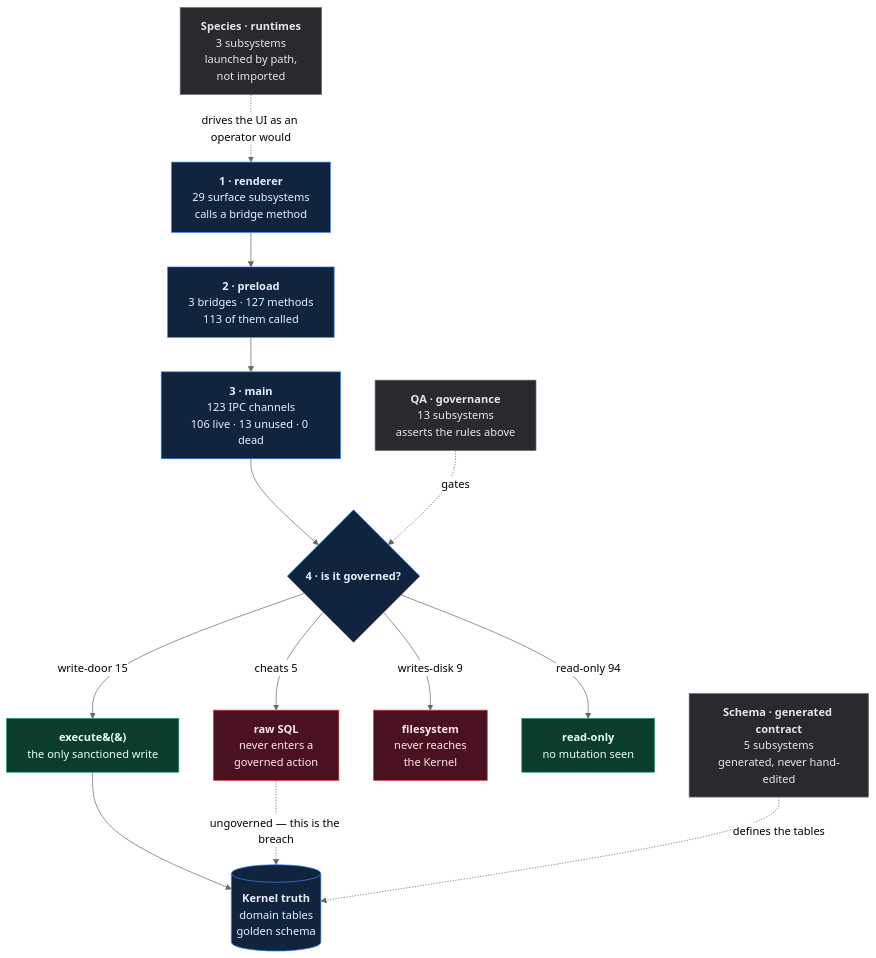
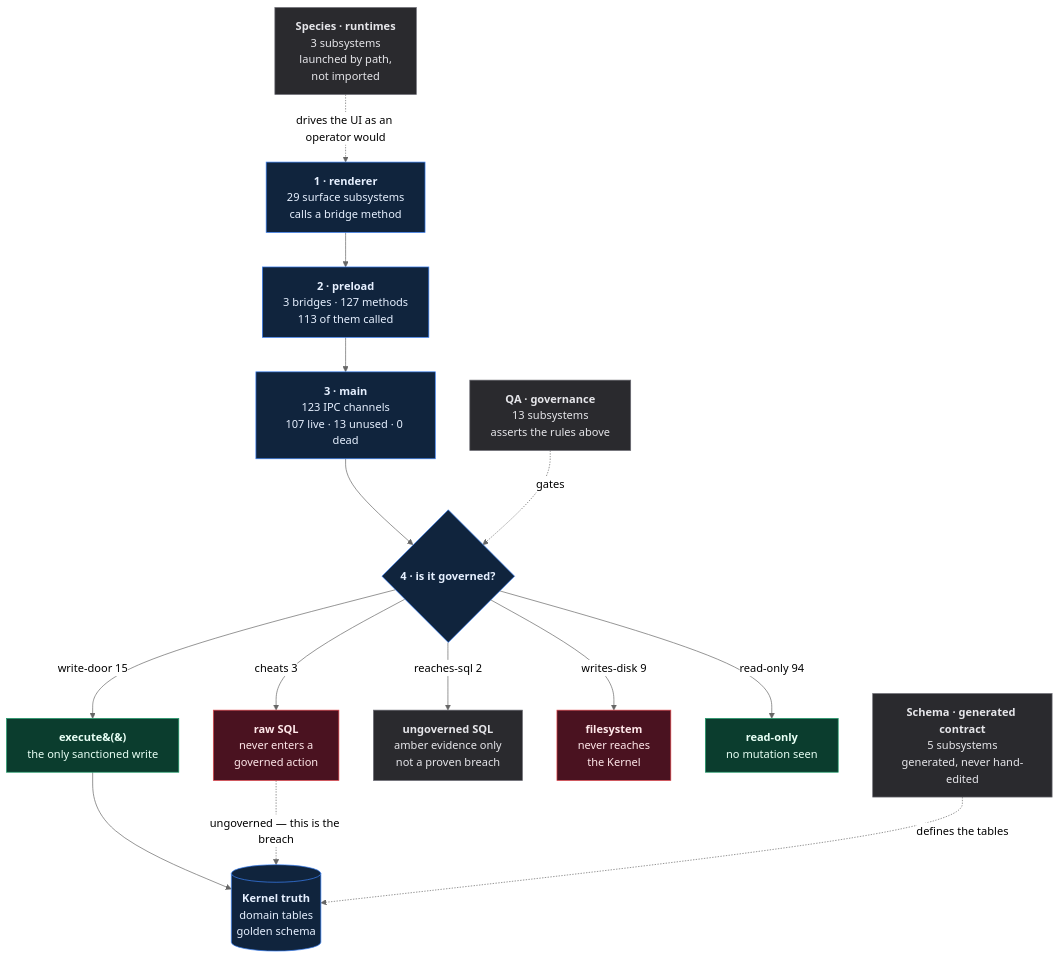
The diagram in qf-atlas/ATLAS.md (SidNig21/QuantFlow-Ontology), drawn with Mermaid (neutral theme) before and after one commit. The commit also changed other lines of this file and 13 other files, not shown here.

````diff
--- a/qf-atlas/ATLAS.md
+++ b/qf-atlas/ATLAS.md
@@ -32,36 +32,38 @@
 ```mermaid
 flowchart TD
   R["<b>1 · renderer</b><br/>29 surface subsystems<br/>calls a bridge method"]
   P["<b>2 · preload</b><br/>3 bridges · 127 methods<br/>113 of them called"]
-  M["<b>3 · main</b><br/>123 IPC channels<br/>106 live · 13 unused · 0 dead"]
+  M["<b>3 · main</b><br/>123 IPC channels<br/>107 live · 13 unused · 0 dead"]
   H{"<b>4 · is it governed?</b>"}
   E["<b>execute&#40;&#41;</b><br/>the only sanctioned write"]
   DB[("<b>Kernel truth</b><br/>domain tables<br/>golden schema")]
 
   R --> P --> M --> H
   H -->|"write-door 15"| E
   E --> DB
   X["<b>raw SQL</b><br/>never enters a<br/>governed action"]
-  H -->|"cheats 5"| X
+  H -->|"cheats 3"| X
+  A["<b>ungoverned SQL</b><br/>amber evidence only<br/>not a proven breach"]
+  H -->|"reaches-sql 2"| A
   FS["<b>filesystem</b><br/>never reaches<br/>the Kernel"]
   H -->|"writes-disk 9"| FS
   RO["<b>read-only</b><br/>no mutation seen"]
   H -->|"read-only 94"| RO
   X -.->|"ungoverned — this is the breach"| DB
 
   QA["<b>QA · governance</b><br/>13 subsystems<br/>asserts the rules above"]
   SP["<b>Species · runtimes</b><br/>3 subsystems<br/>launched by path,<br/>not imported"]
   SC["<b>Schema · generated contract</b><br/>5 subsystems<br/>generated, never hand-edited"]
   QA -.->|"gates"| H
   SC -.->|"defines the tables"| DB
   SP -.->|"drives the UI as an operator would"| R
 
   classDef good fill:#0b3d2e,stroke:#1f9d6b,color:#e8fff5
   classDef bad fill:#4a1220,stroke:#e5484d,color:#ffe8ea
   classDef gray fill:#2a2a2e,stroke:#6b6b73,color:#e6e6ea
   classDef truth fill:#10243d,stroke:#3b82f6,color:#e6f0ff
   class E,RO good
   class X,FS bad
-  class QA,SP,SC gray
+  class A,QA,SP,SC gray
   class DB,R,P,M,H truth
 ```
````
